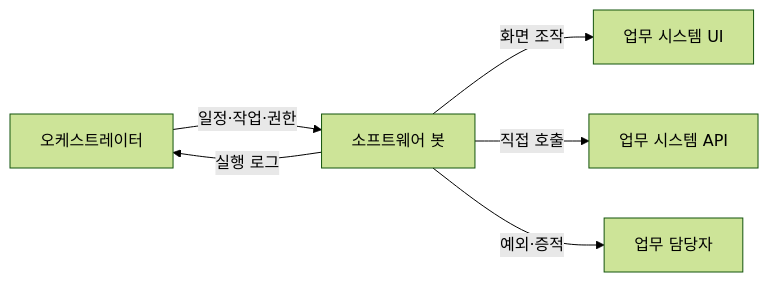
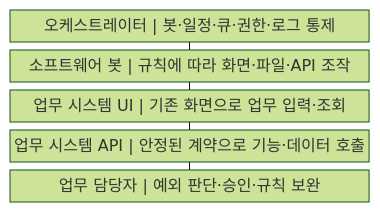
Before and after one commit to agnusdei1207/knowledge-base: the first of 2 diagrams in src/content/docs/notes/03-software/209_rpa.md, drawn with Mermaid (forest theme). The commit also changed other lines of this file and 20 other files, not shown here.

````diff
--- a/src/content/docs/notes/03-software/209_rpa.md
+++ b/src/content/docs/notes/03-software/209_rpa.md
@@ -53,8 +53,13 @@
 ```mermaid
-flowchart LR
-    O["오케스트레이터"] -->|일정·작업·권한| B["소프트웨어 봇"]
-    B -->|화면 조작| U["업무 시스템 UI"]
-    B -->|직접 호출| A["업무 시스템 API"]
-    B -->|예외·증적| H["업무 담당자"]
-    B -->|실행 로그| O
+block
+    columns 1
+    A["오케스트레이터 | 봇·일정·큐·권한·로그 통제"]
+    B["소프트웨어 봇 | 규칙에 따라 화면·파일·API 조작"]
+    C["업무 시스템 UI | 기존 화면으로 업무 입력·조회"]
+    D["업무 시스템 API | 안정된 계약으로 기능·데이터 호출"]
+    E["업무 담당자 | 예외 판단·승인·규칙 보완"]
+    A --- B
+    B --- C
+    C --- D
+    D --- E
 ```
````
